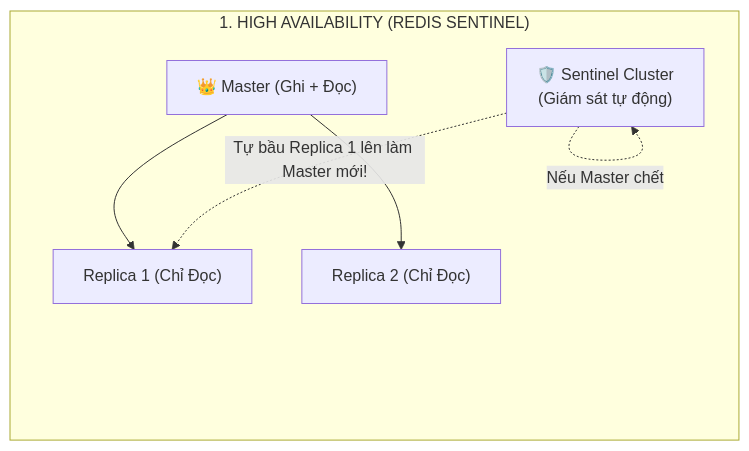
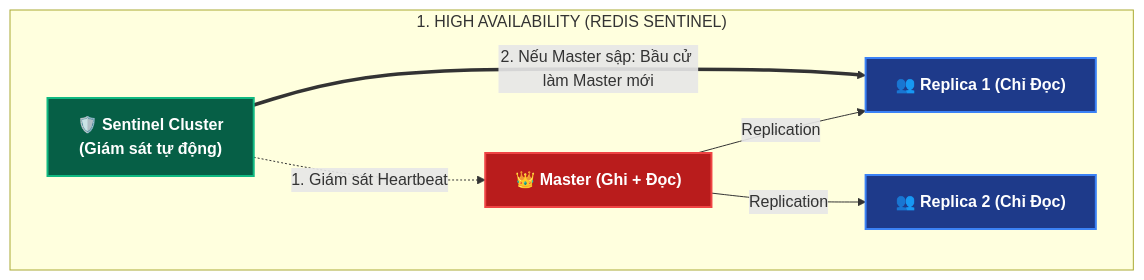
The third of 4 diagrams in caching/03_redis_fundamentals.md (thinhtm123/BE), drawn with Mermaid before and after one commit. The commit also changed other lines of this file and 15 other files, not shown here.

````diff
--- a/caching/03_redis_fundamentals.md
+++ b/caching/03_redis_fundamentals.md
@@ -105,10 +145,18 @@
 ```mermaid
 graph TD
+    classDef master fill:#b91c1c,stroke:#ef4444,stroke-width:2px,color:#fff,font-weight:bold;
+    classDef replica fill:#1e3a8a,stroke:#3b82f6,stroke-width:2px,color:#fff,font-weight:bold;
+    classDef sentinel fill:#065f46,stroke:#10b981,stroke-width:2px,color:#fff,font-weight:bold;
+
     subgraph SENTINEL_HA ["1. HIGH AVAILABILITY (REDIS SENTINEL)"]
-        direction TB
-        M["👑 Master (Ghi + Đọc)"] --> R1["Replica 1 (Chỉ Đọc)"]
-        M --> R2["Replica 2 (Chỉ Đọc)"]
-        S["🛡️ Sentinel Cluster<br/>(Giám sát tự động)"] -.->|Nếu Master chết| S
-        S -.->|Tự bầu Replica 1 lên làm Master mới!| R1
+        S["🛡️ Sentinel Cluster<br/>(Giám sát tự động)"]:::sentinel
+        M["👑 Master (Ghi + Đọc)"]:::master
+        R1["👥 Replica 1 (Chỉ Đọc)"]:::replica
+        R2["👥 Replica 2 (Chỉ Đọc)"]:::replica
+
+        S -.->|1. Giám sát Heartbeat| M
+        S ==>|2. Nếu Master sập: Bầu cử làm Master mới| R1
+        M -->|Replication| R1
+        M -->|Replication| R2
     end
 ```
````
